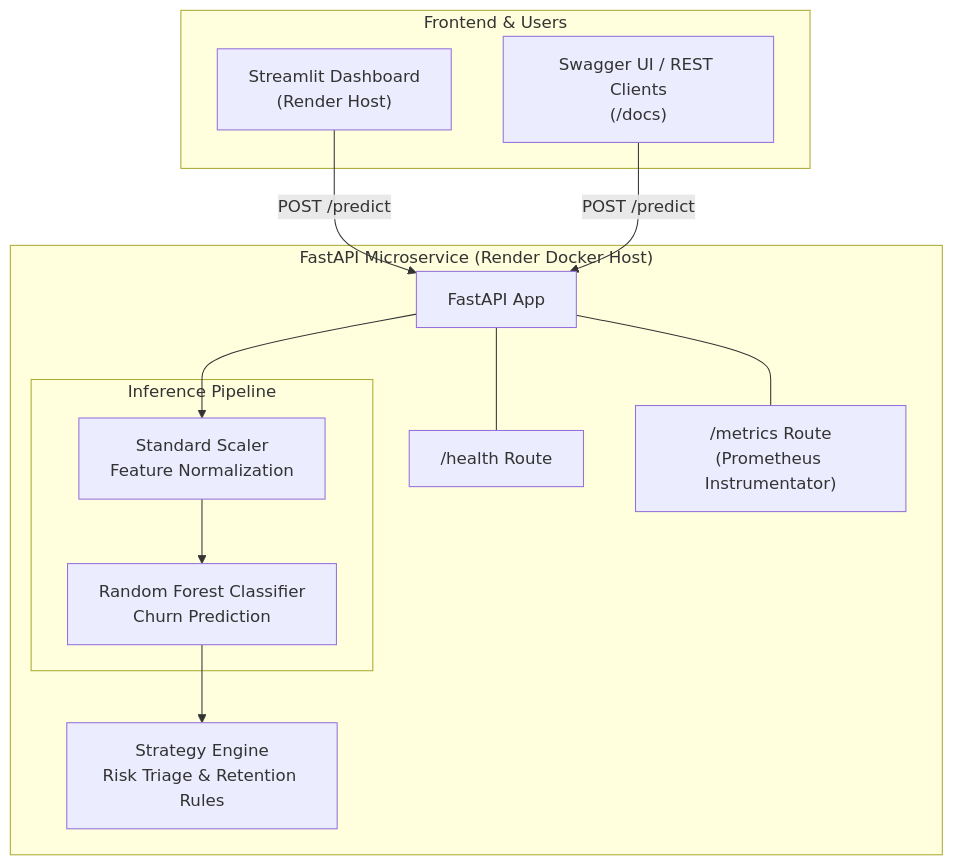
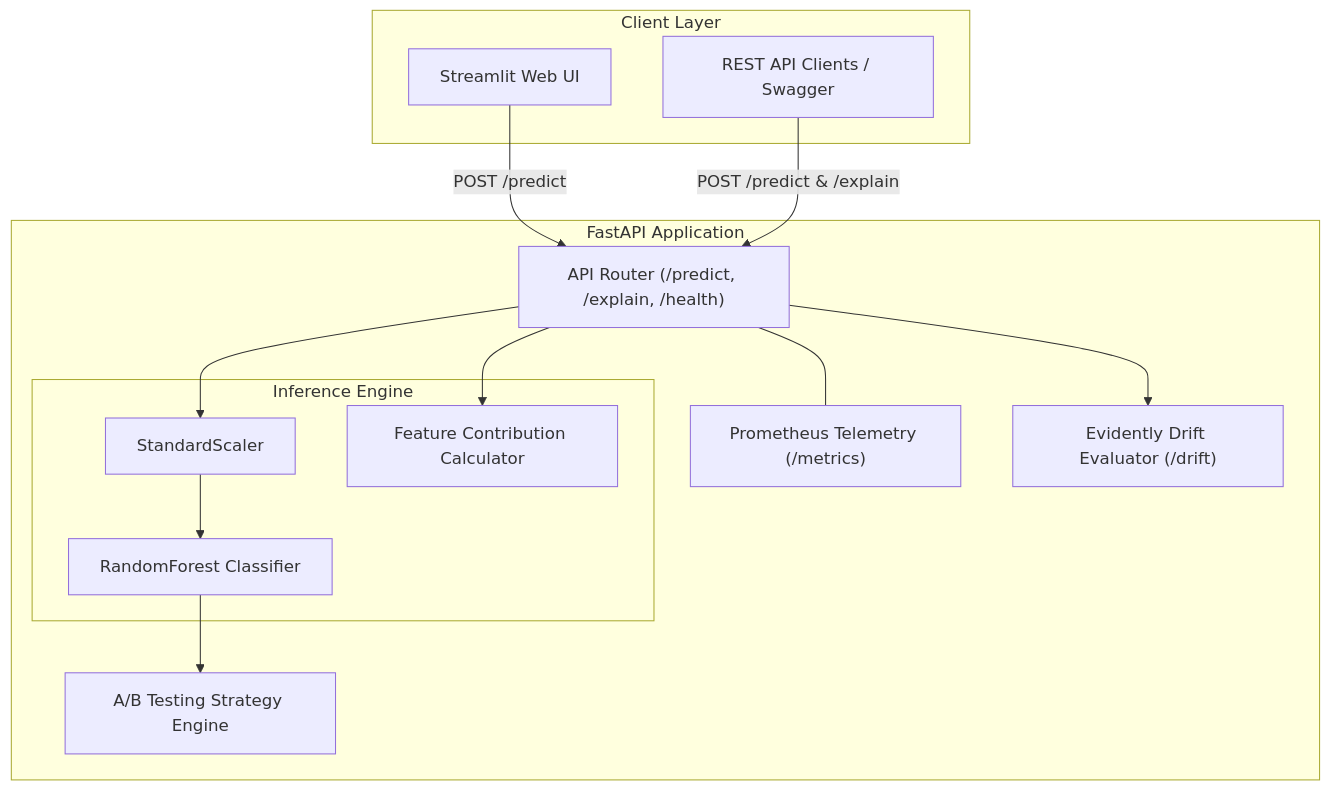
Before and after one commit to Baqir110/customer-churn-analytics: the diagram in Readme.md, drawn with Mermaid. The commit also changed other lines of this file, not shown here.

First line of the commit message:
Rename API to Service and enhance README

````diff
--- a/Readme.md
+++ b/Readme.md
@@ -64,31 +33,33 @@
 ```mermaid
 flowchart TB
-    subgraph Client ["Frontend & Users"]
-        UI["Streamlit Dashboard<br/>(Render Host)"]
-        SWAGGER["Swagger UI / REST Clients<br/>(/docs)"]
+    subgraph Clients ["Client Layer"]
+        UI["Streamlit Web UI"]
+        API_CLIENTS["REST API Clients / Swagger"]
     end
 
-    subgraph Backend ["FastAPI Microservice (Render Docker Host)"]
-        API["FastAPI App"]
-        HEALTH["/health Route"]
-        METRICS["/metrics Route<br/>(Prometheus Instrumentator)"]
+    subgraph Service ["FastAPI Application"]
+        ROUTER["API Router (/predict, /explain, /health)"]
+        METRICS["Prometheus Telemetry (/metrics)"]
 
-        subgraph Pipeline ["Inference Pipeline"]
-            SC["Standard Scaler<br/>Feature Normalization"]
-            RF["Random Forest Classifier<br/>Churn Prediction"]
+        subgraph ML_Engine ["Inference Engine"]
+            SCALER["StandardScaler"]
+            MODEL["RandomForest Classifier"]
+            EXPLAIN["Feature Contribution Calculator"]
         end
 
-        RULE["Strategy Engine<br/>Risk Triage & Retention Rules"]
+        STRATEGY["A/B Testing Strategy Engine"]
+        DRIFT["Evidently Drift Evaluator (/drift)"]
     end
 
-    UI -->|"POST /predict"| API
-    SWAGGER -->|"POST /predict"| API
+    UI -->|"POST /predict"| ROUTER
+    API_CLIENTS -->|"POST /predict & /explain"| ROUTER
 
-    API --> SC
-    SC --> RF
-    RF --> RULE
+    ROUTER --> SCALER
+    SCALER --> MODEL
+    MODEL --> STRATEGY
+    ROUTER --> EXPLAIN
+    ROUTER --> DRIFT
 
-    API --- HEALTH
-    API --- METRICS
+    ROUTER --- METRICS
 
 ```
````
